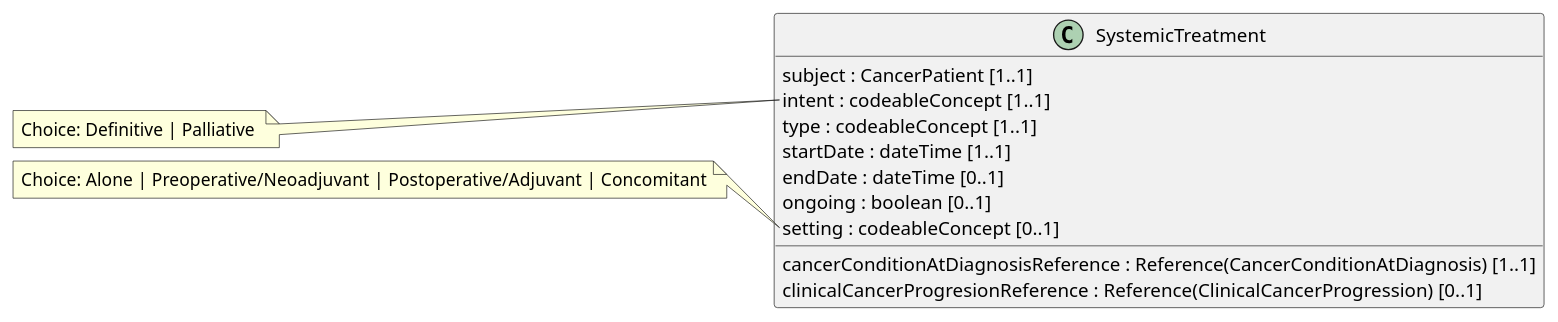
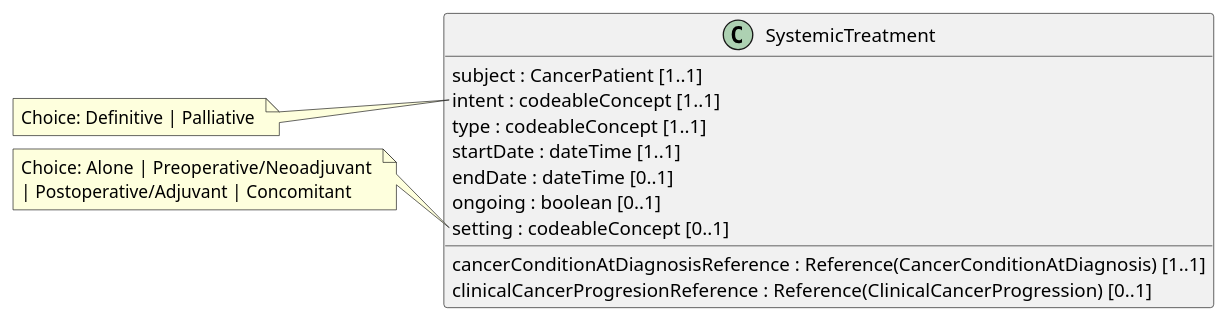
One commit to rgazzarata/cancer-common changed the diagram in input/images-source/SystemicTreatment_LM.plantuml. Above: the diagram before and after it, drawn with PlantUML. The commit also changed 25 other files, not shown here.

```diff
--- a/input/images-source/SystemicTreatment_LM.plantuml
+++ b/input/images-source/SystemicTreatment_LM.plantuml
@@ -1,23 +1,24 @@
 @startuml
 hide empty members
 skinparam classAttributeIconSize 0
 
 class SystemicTreatment {
   subject : CancerPatient [1..1]
   cancerConditionAtDiagnosisReference : Reference(CancerConditionAtDiagnosis) [1..1]
   clinicalCancerProgresionReference : Reference(ClinicalCancerProgression) [0..1]
   intent : codeableConcept [1..1]
   type : codeableConcept [1..1]
   startDate : dateTime [1..1]
   endDate : dateTime [0..1]
   ongoing : boolean [0..1]
   setting : codeableConcept [0..1]
 }
 
 note left of SystemicTreatment::intent
 Choice: Definitive | Palliative 
 end note
 note left of SystemicTreatment::setting
-Choice: Alone |  Preoperative/Neoadjuvant | Postoperative/Adjuvant | Concomitant
+Choice: Alone |  Preoperative/Neoadjuvant 
+| Postoperative/Adjuvant | Concomitant
 end note
 @enduml
```
